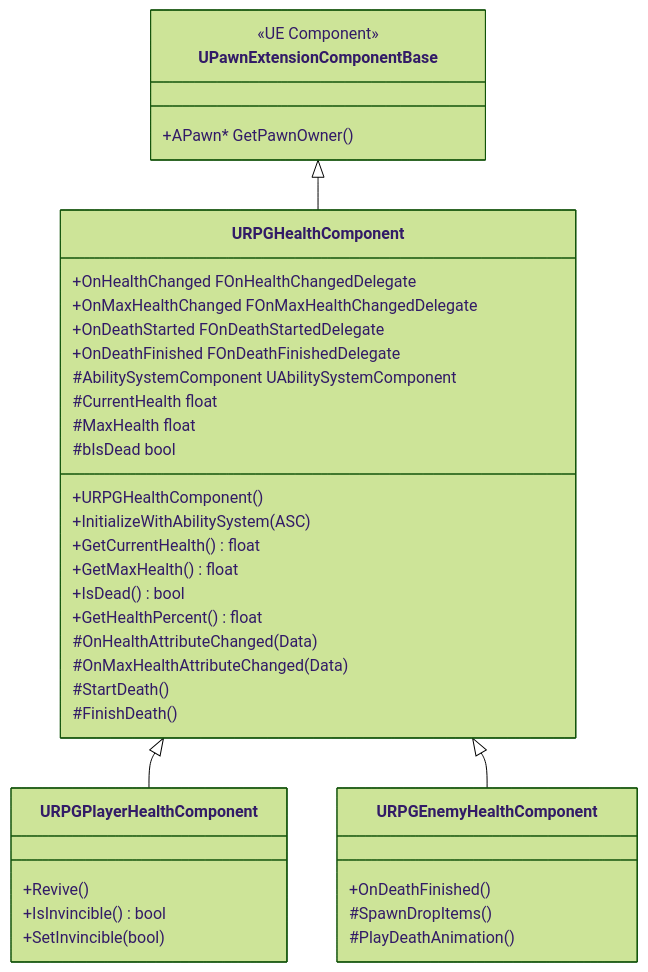
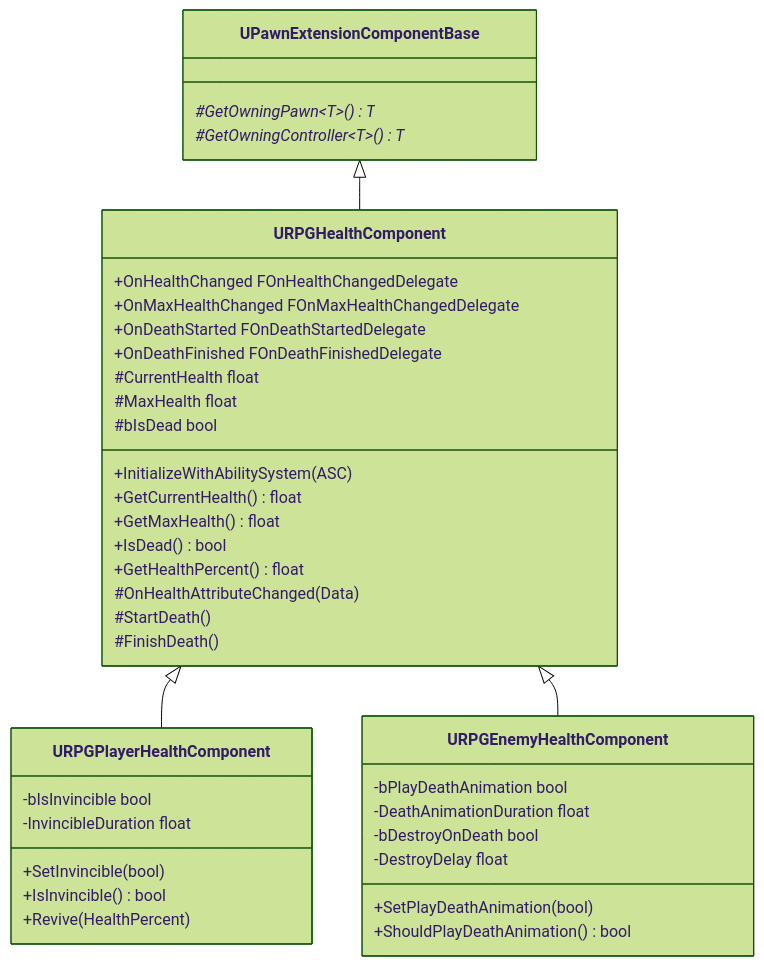
One commit to ARK31415/RPG changed the sixth of 12 diagrams in Source/Docs/SummaryDesign.md. Above: the diagram before and after it, drawn with Mermaid (forest theme). The commit also changed other lines of this file and 11 other files, not shown here.

````diff
--- a/Source/Docs/SummaryDesign.md
+++ b/Source/Docs/SummaryDesign.md
@@ -357,44 +367,46 @@
 ```mermaid
 classDiagram
     class UPawnExtensionComponentBase {
-        <<UE Component>>
-        +APawn* GetPawnOwner()
+        #GetOwningPawn~T~() T*
+        #GetOwningController~T~() T*
     }
     
     class URPGHealthComponent {
-        +URPGHealthComponent()
         +InitializeWithAbilitySystem(ASC)
         +GetCurrentHealth() float
         +GetMaxHealth() float
         +IsDead() bool
         +GetHealthPercent() float
         +OnHealthChanged FOnHealthChangedDelegate
         +OnMaxHealthChanged FOnMaxHealthChangedDelegate
         +OnDeathStarted FOnDeathStartedDelegate
         +OnDeathFinished FOnDeathFinishedDelegate
         #OnHealthAttributeChanged(Data)
-        #OnMaxHealthAttributeChanged(Data)
         #StartDeath()
         #FinishDeath()
-        #AbilitySystemComponent UAbilitySystemComponent
         #CurrentHealth float
         #MaxHealth float
         #bIsDead bool
     }
     
     class URPGPlayerHealthComponent {
-        +Revive()
+        +SetInvincible(bool)
         +IsInvincible() bool
-        +SetInvincible(bool)
+        +Revive(HealthPercent)
+        -bIsInvincible bool
+        -InvincibleDuration float
     }
     
     class URPGEnemyHealthComponent {
-        +OnDeathFinished()
-        #SpawnDropItems()
-        #PlayDeathAnimation()
+        +SetPlayDeathAnimation(bool)
+        +ShouldPlayDeathAnimation() bool
+        -bPlayDeathAnimation bool
+        -DeathAnimationDuration float
+        -bDestroyOnDeath bool
+        -DestroyDelay float
     }
     
     UPawnExtensionComponentBase <|-- URPGHealthComponent
     URPGHealthComponent <|-- URPGPlayerHealthComponent
     URPGHealthComponent <|-- URPGEnemyHealthComponent
 ```
````
